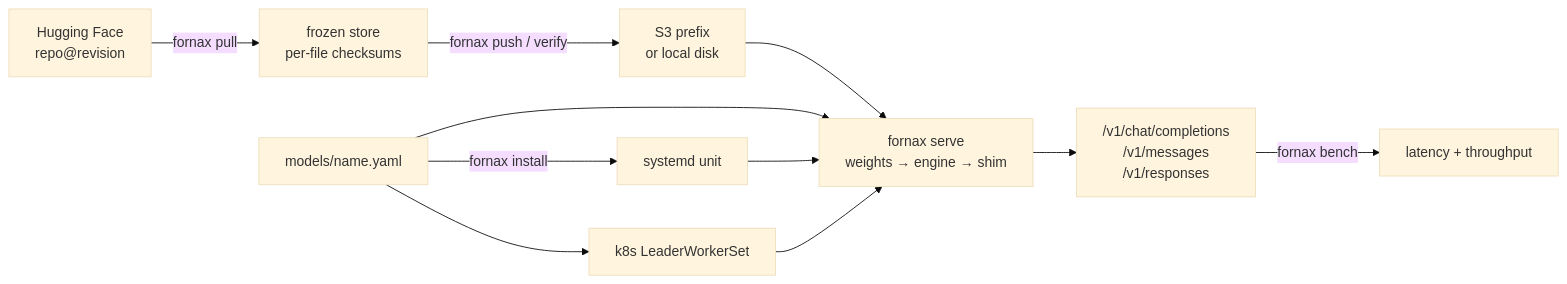
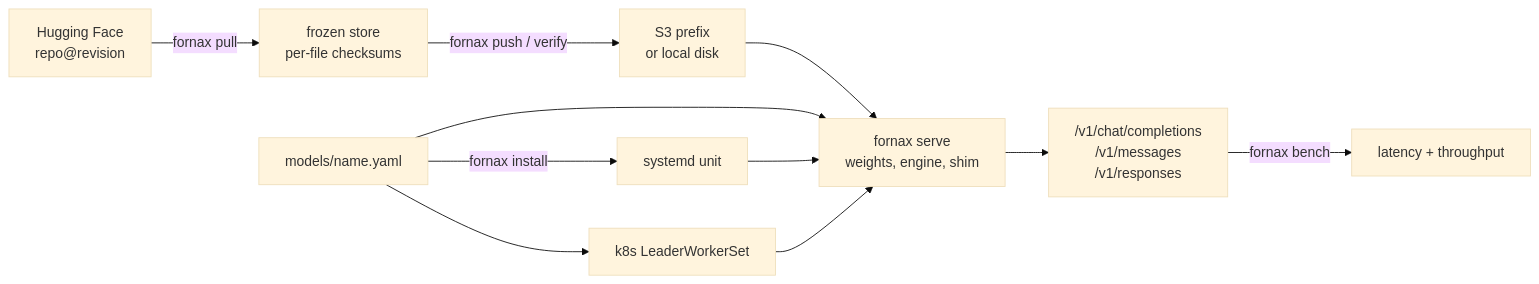
Before and after one commit to latere-ai/fornax: the diagram in README.md, drawn with Mermaid (base theme). The commit also changed other lines of this file, not shown here.

````diff
--- a/README.md
+++ b/README.md
@@ -16,13 +16,13 @@
 ```mermaid
 flowchart LR
   HF["Hugging Face<br/>repo@revision"] -->|fornax pull| Store["frozen store<br/>per-file checksums"]
   Store -->|fornax push / verify| S3["S3 prefix<br/>or local disk"]
-  S3 --> Serve["fornax serve<br/>weights → engine → shim"]
+  S3 --> Serve["fornax serve<br/>weights, engine, shim"]
   Manifest["models/name.yaml"] --> Serve
   Manifest -->|fornax install| Unit["systemd unit"]
   Manifest --> LWS["k8s LeaderWorkerSet"]
   Unit --> Serve
   LWS --> Serve
   Serve --> API["/v1/chat/completions<br/>/v1/messages<br/>/v1/responses"]
   API -->|fornax bench| Report["latency + throughput"]
 ```
````
